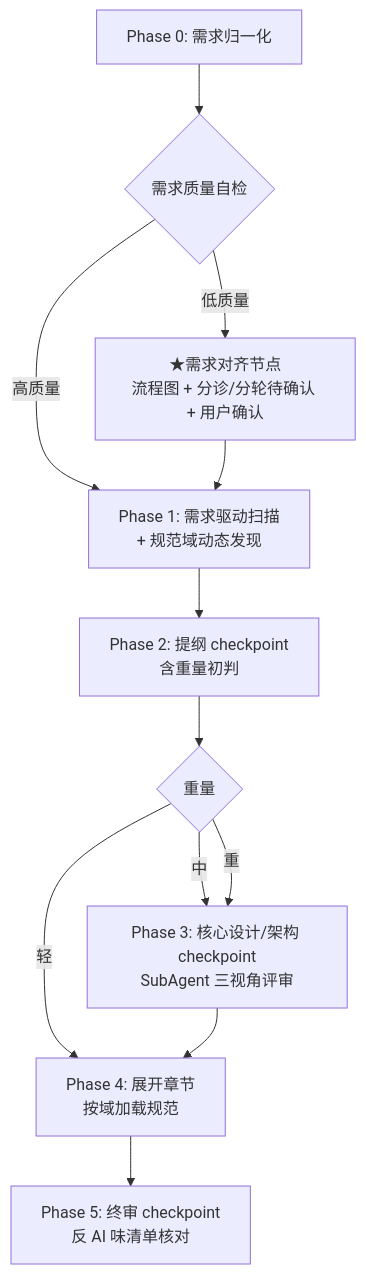
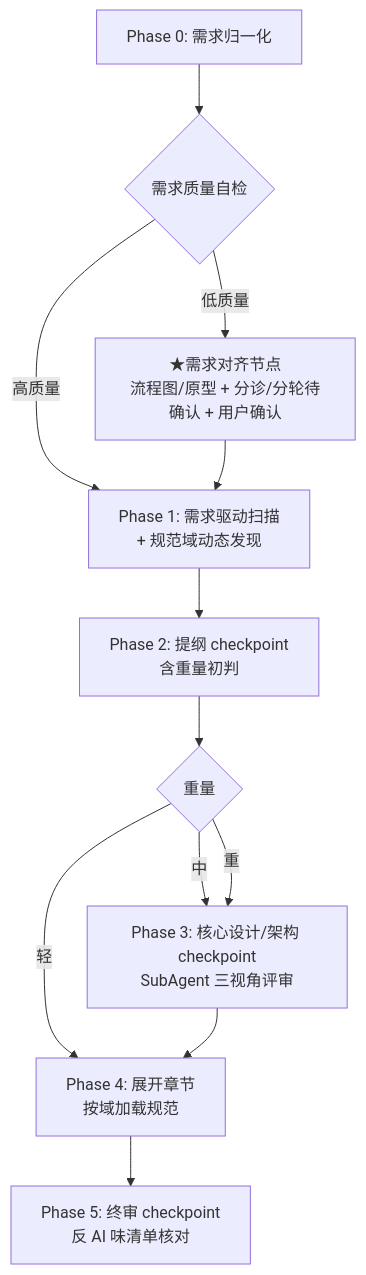
Before and after one commit to Ethanzyc/dev-doc: the diagram in README.md, drawn with Mermaid. The commit also changed other lines of this file and 1 other file, not shown here.

````diff
--- a/README.md
+++ b/README.md
@@ -51,15 +52,15 @@
 ```mermaid
 flowchart TD
     P0[Phase 0: 需求归一化] --> Q{需求质量自检}
-    Q -->|低质量| ALIGN[★需求对齐节点<br/>流程图 + 分诊/分轮待确认 + 用户确认]
+    Q -->|低质量| ALIGN[★需求对齐节点<br/>流程图/原型 + 分诊/分轮待确认 + 用户确认]
     Q -->|高质量| P1
     ALIGN --> P1
     P1[Phase 1: 需求驱动扫描<br/>+ 规范域动态发现] --> P2
     P2[Phase 2: 提纲 checkpoint<br/>含重量初判] --> W{重量}
     W -->|轻| P4
     W -->|中| P3
     W -->|重| P3
     P3[Phase 3: 核心设计/架构 checkpoint<br/>SubAgent 三视角评审] --> P4
     P4[Phase 4: 展开章节<br/>按域加载规范] --> P5
     P5[Phase 5: 终审 checkpoint<br/>反 AI 味清单核对]
 ```
````
